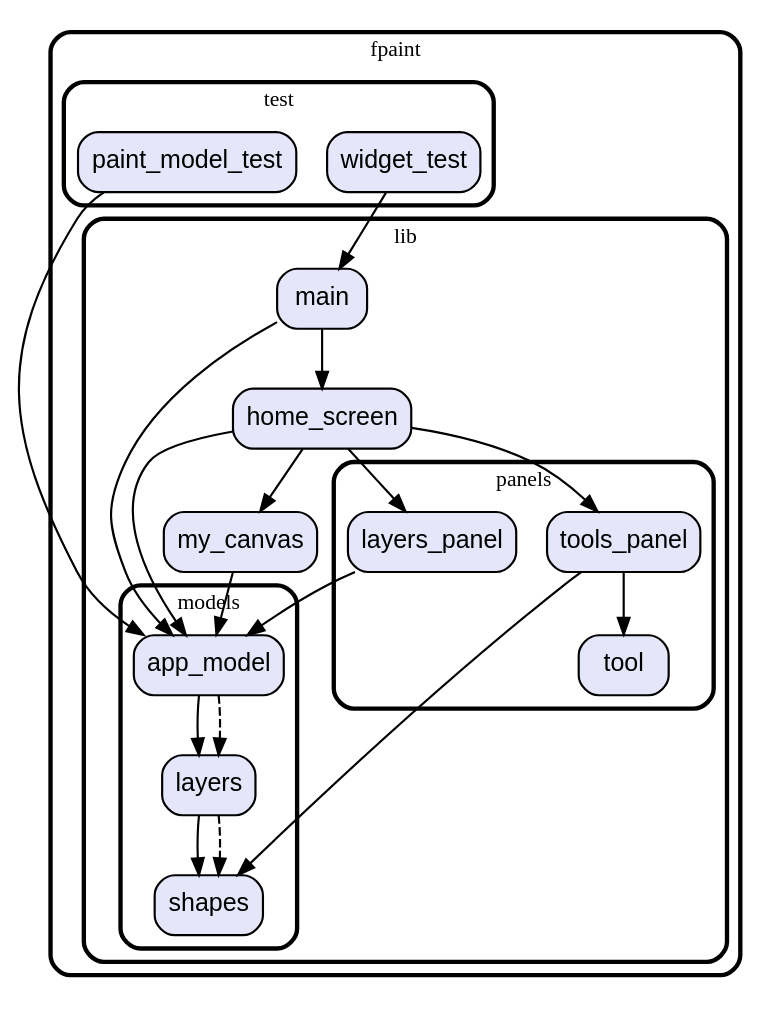
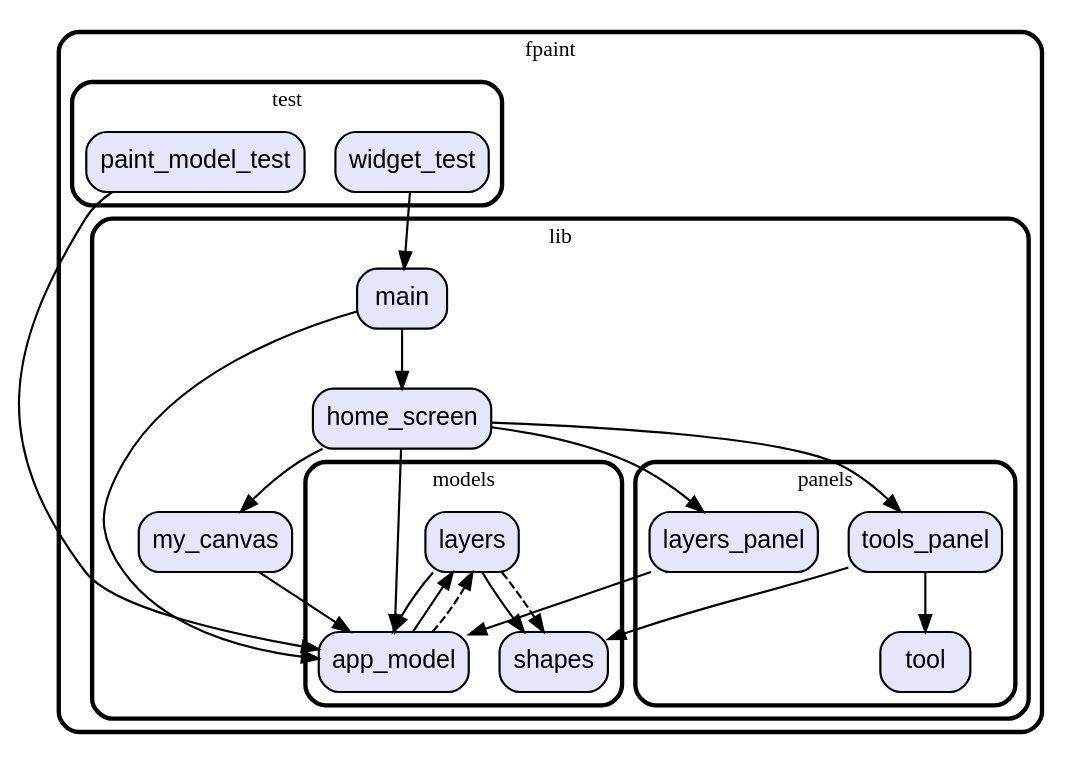
One commit to vteam-com/fPaint changed the diagram in graph.dot. Above: the diagram before and after it, drawn with Graphviz. The commit also changed 6 other files, not shown here.

```diff
--- a/graph.dot
+++ b/graph.dot
@@ -1,58 +1,59 @@
 digraph "" {
   graph [style=rounded fontname="Arial Black" fontsize=13 penwidth=2.6];
   node [shape=rect style="filled,rounded" fontname=Arial fontsize=15 fillcolor=Lavender penwidth=1.3];
   edge [penwidth=1.3];
   "/test/paint_model_test.dart" [label="paint_model_test"];
   "/test/widget_test.dart" [label="widget_test"];
   "/lib/panels/tools_panel.dart" [label="tools_panel"];
   "/lib/panels/layers_panel.dart" [label="layers_panel"];
   "/lib/panels/tool.dart" [label="tool"];
   "/lib/models/layers.dart" [label="layers"];
   "/lib/models/shapes.dart" [label="shapes"];
   "/lib/models/app_model.dart" [label="app_model"];
   "/lib/main.dart" [label="main"];
   "/lib/my_canvas.dart" [label="my_canvas"];
   "/lib/home_screen.dart" [label="home_screen"];
   subgraph "cluster~" {
     label="fpaint";
     subgraph "cluster~/test" {
       label="test";
       "/test/paint_model_test.dart";
       "/test/widget_test.dart";
     }
     subgraph "cluster~/lib" {
       label="lib";
       "/lib/main.dart";
       "/lib/my_canvas.dart";
       "/lib/home_screen.dart";
       subgraph "cluster~/lib/panels" {
         label="panels";
         "/lib/panels/tools_panel.dart";
         "/lib/panels/layers_panel.dart";
         "/lib/panels/tool.dart";
       }
       subgraph "cluster~/lib/models" {
         label="models";
         "/lib/models/layers.dart";
         "/lib/models/shapes.dart";
         "/lib/models/app_model.dart";
       }
     }
   }
   "/test/paint_model_test.dart" -> "/lib/models/app_model.dart";
   "/test/widget_test.dart" -> "/lib/main.dart";
   "/lib/panels/tools_panel.dart" -> "/lib/models/shapes.dart";
   "/lib/panels/tools_panel.dart" -> "/lib/panels/tool.dart";
   "/lib/panels/layers_panel.dart" -> "/lib/models/app_model.dart";
+  "/lib/models/layers.dart" -> "/lib/models/app_model.dart";
   "/lib/models/layers.dart" -> "/lib/models/shapes.dart";
   "/lib/models/layers.dart" -> "/lib/models/shapes.dart" [style=dashed];
   "/lib/models/app_model.dart" -> "/lib/models/layers.dart";
   "/lib/models/app_model.dart" -> "/lib/models/layers.dart" [style=dashed];
   "/lib/main.dart" -> "/lib/home_screen.dart";
   "/lib/main.dart" -> "/lib/models/app_model.dart";
   "/lib/my_canvas.dart" -> "/lib/models/app_model.dart";
   "/lib/home_screen.dart" -> "/lib/panels/layers_panel.dart";
   "/lib/home_screen.dart" -> "/lib/panels/tools_panel.dart";
   "/lib/home_screen.dart" -> "/lib/models/app_model.dart";
   "/lib/home_screen.dart" -> "/lib/my_canvas.dart";
 }
```
